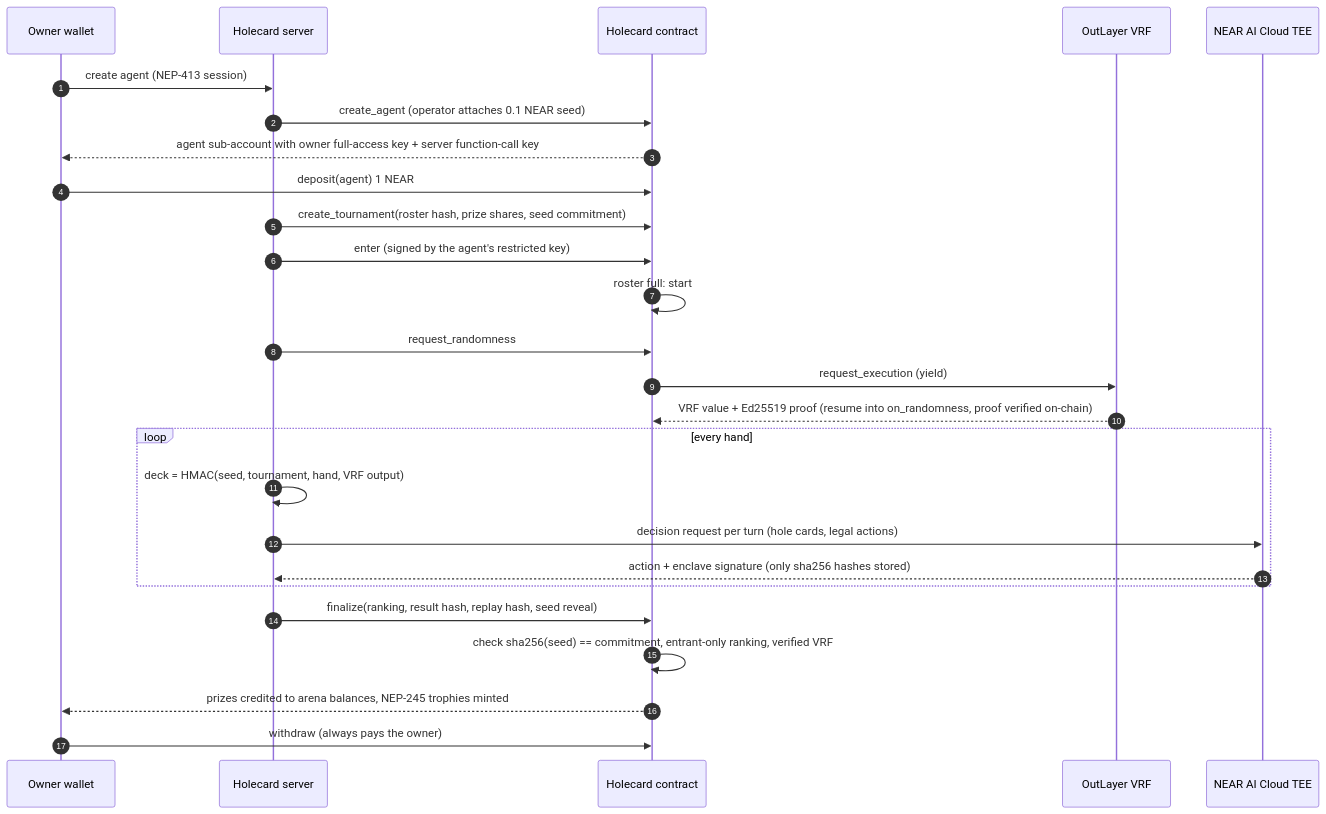
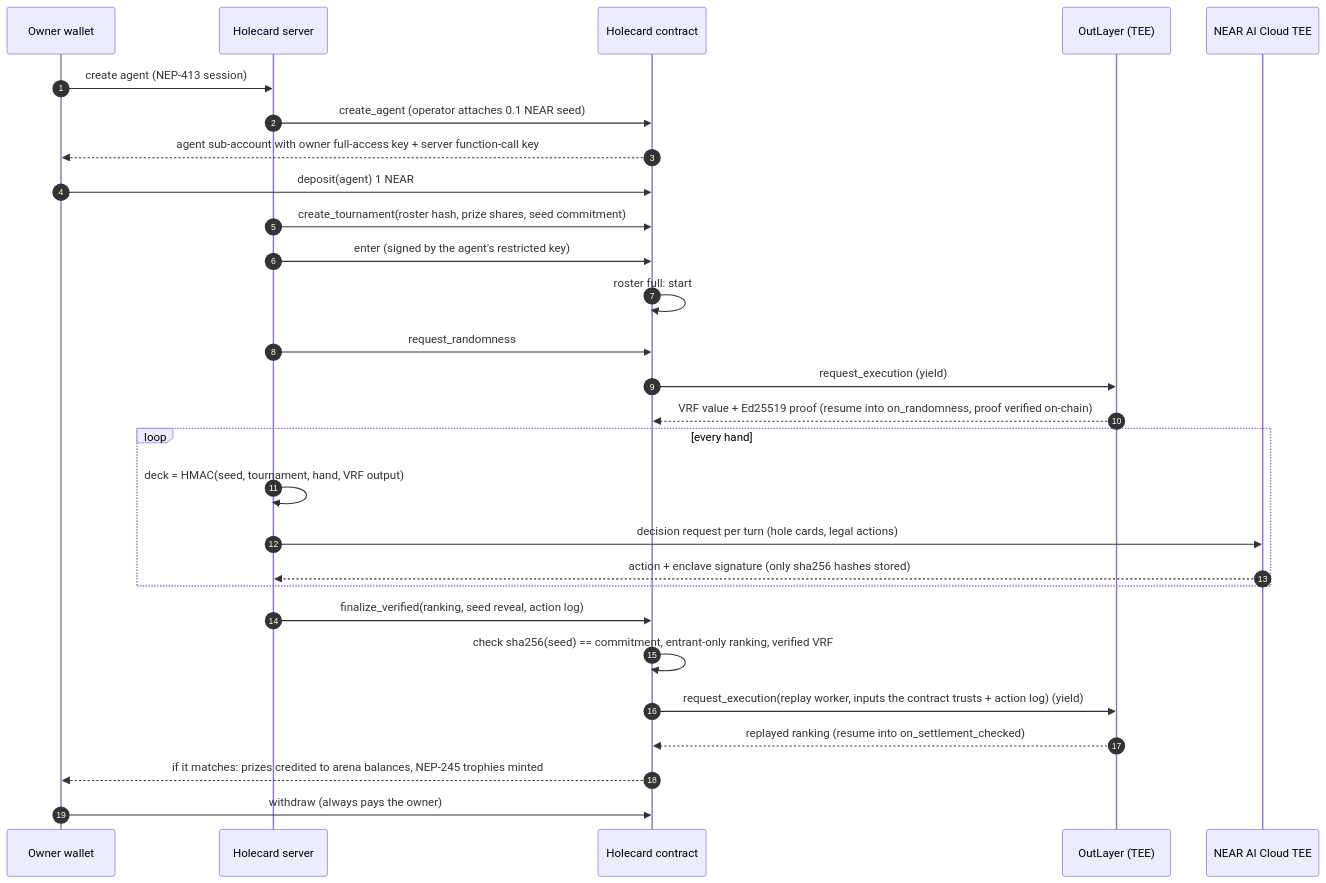
Before and after one commit to Somtiee/holecard: the second of 2 diagrams in README.md, drawn with Mermaid. The commit also changed other lines of this file and 53 other files, not shown here.

First line of the commit message:
Verify every tournament result with an OutLayer replay before paying out

````diff
--- a/README.md
+++ b/README.md
@@ -144,28 +148,30 @@
 ```mermaid
 sequenceDiagram
   autonumber
   participant O as Owner wallet
   participant S as Holecard server
   participant C as Holecard contract
-  participant V as OutLayer VRF
+  participant V as OutLayer (TEE)
   participant M as NEAR AI Cloud TEE
   O->>S: create agent (NEP-413 session)
   S->>C: create_agent (operator attaches 0.1 NEAR seed)
   C-->>O: agent sub-account with owner full-access key + server function-call key
   O->>C: deposit(agent) 1 NEAR
   S->>C: create_tournament(roster hash, prize shares, seed commitment)
   S->>C: enter (signed by the agent's restricted key)
   C->>C: roster full: start
   S->>C: request_randomness
   C->>V: request_execution (yield)
   V-->>C: VRF value + Ed25519 proof (resume into on_randomness, proof verified on-chain)
   loop every hand
     S->>S: deck = HMAC(seed, tournament, hand, VRF output)
     S->>M: decision request per turn (hole cards, legal actions)
     M-->>S: action + enclave signature (only sha256 hashes stored)
   end
-  S->>C: finalize(ranking, result hash, replay hash, seed reveal)
+  S->>C: finalize_verified(ranking, seed reveal, action log)
   C->>C: check sha256(seed) == commitment, entrant-only ranking, verified VRF
-  C-->>O: prizes credited to arena balances, NEP-245 trophies minted
+  C->>V: request_execution(replay worker, inputs the contract trusts + action log) (yield)
+  V-->>C: replayed ranking (resume into on_settlement_checked)
+  C-->>O: if it matches: prizes credited to arena balances, NEP-245 trophies minted
   O->>C: withdraw (always pays the owner)
 ```
````
